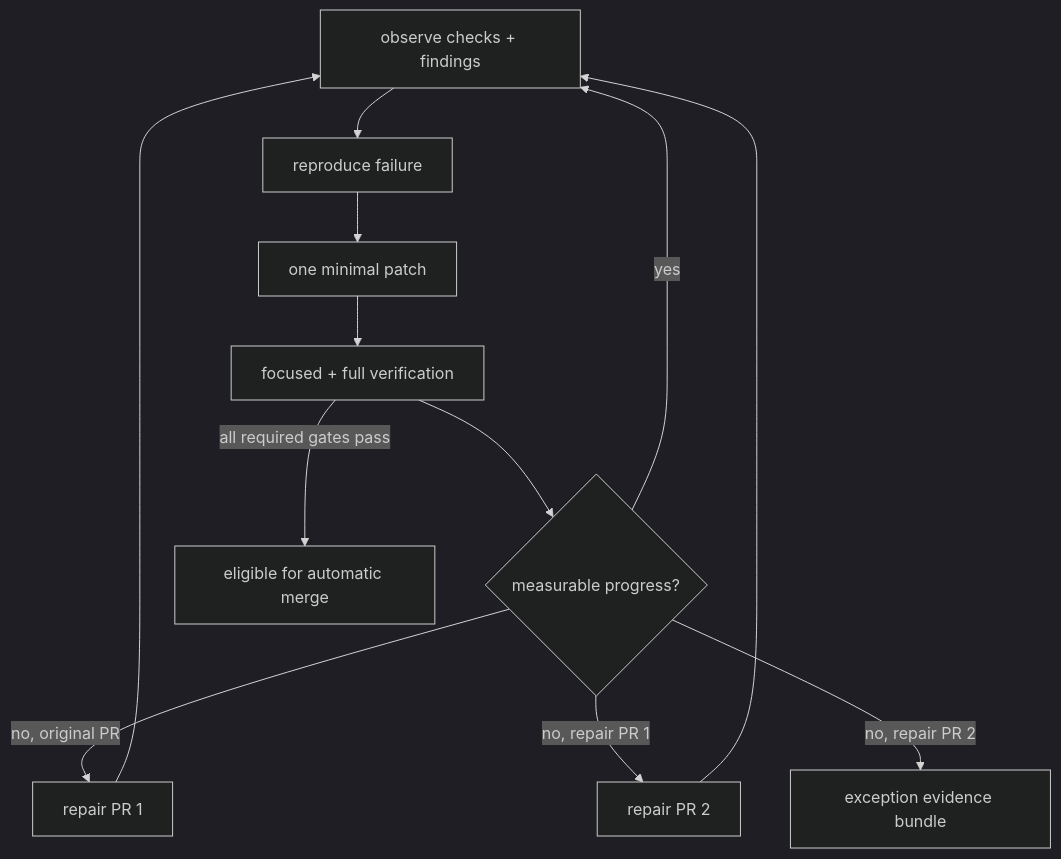
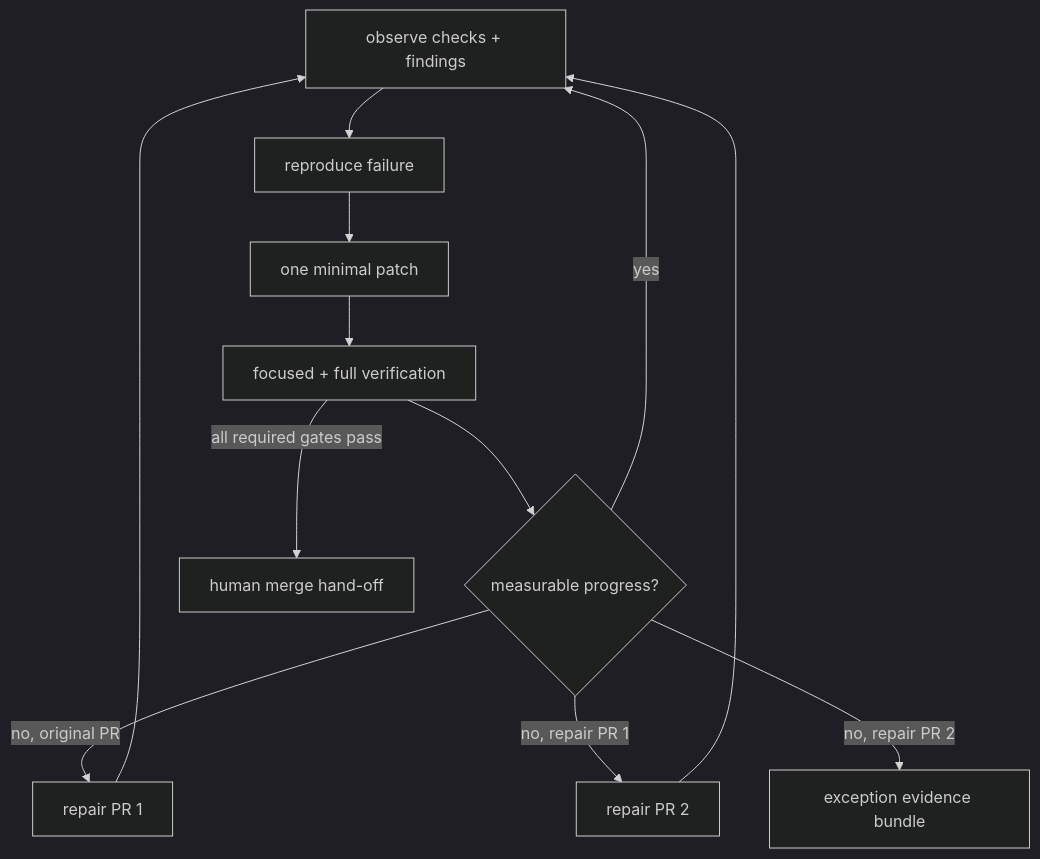
One commit to mybotagent/dev-harness-kit changed the second of 6 diagrams in README.md. Above: the diagram before and after it, drawn with Mermaid (dark theme). The commit also changed other lines of this file and 5 other files, not shown here.

Commit message:
docs: add babysit-pr architecture reference (#737)

````diff
--- a/README.md
+++ b/README.md
@@ -190,14 +190,14 @@
 ```mermaid
 flowchart TD
   OBSERVE[observe checks + findings] --> REPRODUCE[reproduce failure]
   REPRODUCE --> PATCH[one minimal patch]
   PATCH --> VERIFY[focused + full verification]
   VERIFY --> PROGRESS{measurable progress?}
   PROGRESS -->|yes| OBSERVE
   PROGRESS -->|no, original PR| R1[repair PR 1]
   R1 --> OBSERVE
   PROGRESS -->|no, repair PR 1| R2[repair PR 2]
   R2 --> OBSERVE
   PROGRESS -->|no, repair PR 2| EX[exception evidence bundle]
-  VERIFY -->|all required gates pass| MERGE[eligible for automatic merge]
+  VERIFY -->|all required gates pass| MERGE[human merge hand-off]
 ```
````
